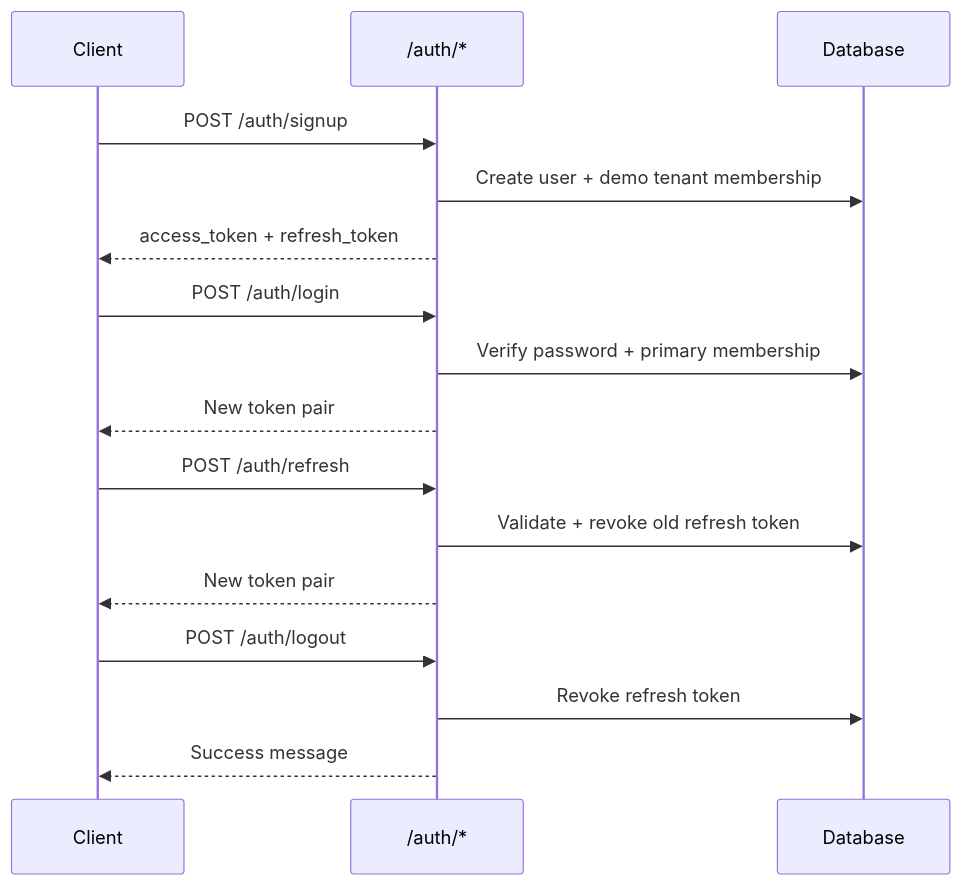
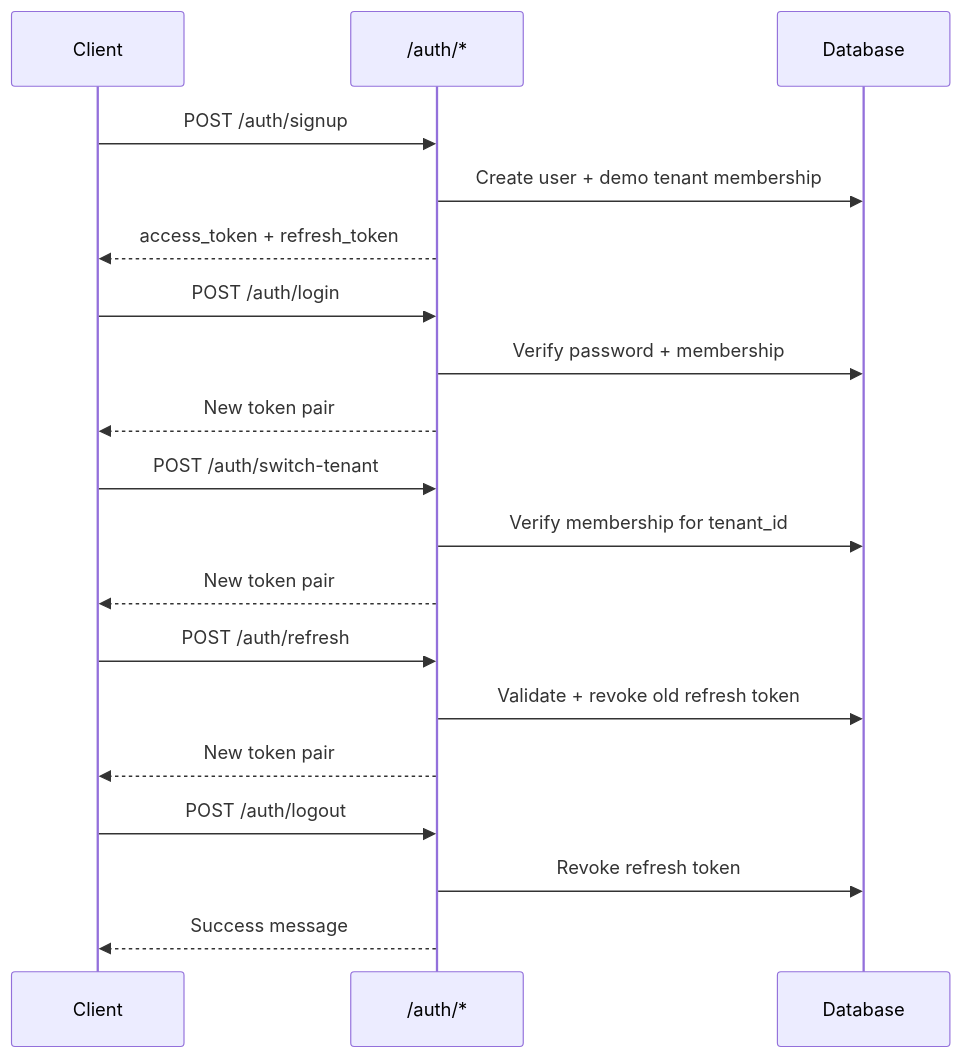
The diagram in backend/docs/AUTHENTICATION.md (guptapiyush592k/PG-Management), drawn with Mermaid before and after one commit. The commit also changed other lines of this file and 53 other files, not shown here.

````diff
--- a/backend/docs/AUTHENTICATION.md
+++ b/backend/docs/AUTHENTICATION.md
@@ -79,22 +94,26 @@
 ```mermaid
 sequenceDiagram
     participant Client
     participant Auth as /auth/*
     participant DB as Database
 
     Client->>Auth: POST /auth/signup
     Auth->>DB: Create user + demo tenant membership
     Auth-->>Client: access_token + refresh_token
 
     Client->>Auth: POST /auth/login
-    Auth->>DB: Verify password + primary membership
+    Auth->>DB: Verify password + membership
+    Auth-->>Client: New token pair
+
+    Client->>Auth: POST /auth/switch-tenant
+    Auth->>DB: Verify membership for tenant_id
     Auth-->>Client: New token pair
 
     Client->>Auth: POST /auth/refresh
     Auth->>DB: Validate + revoke old refresh token
     Auth-->>Client: New token pair
 
     Client->>Auth: POST /auth/logout
     Auth->>DB: Revoke refresh token
     Auth-->>Client: Success message
 ```
````
